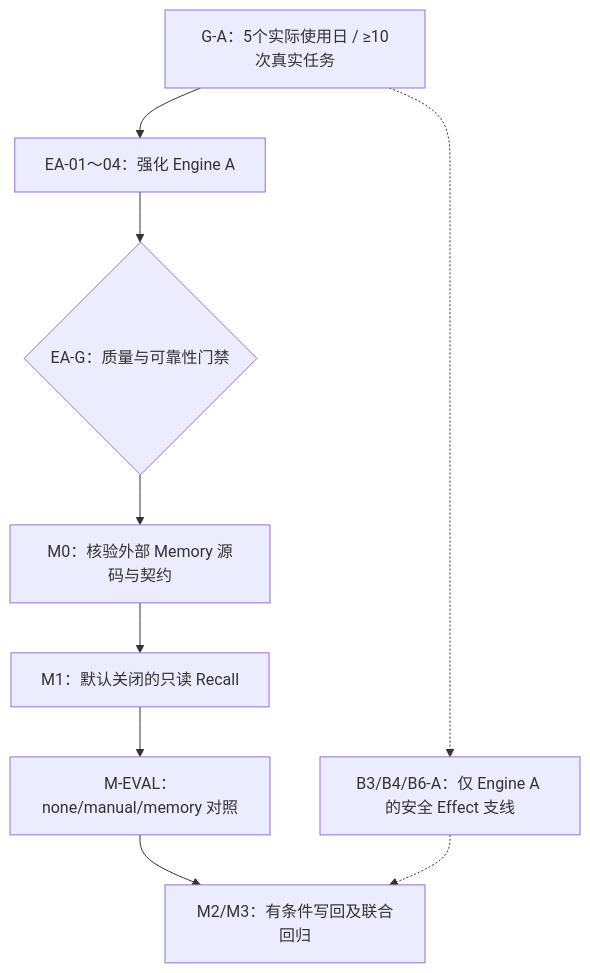
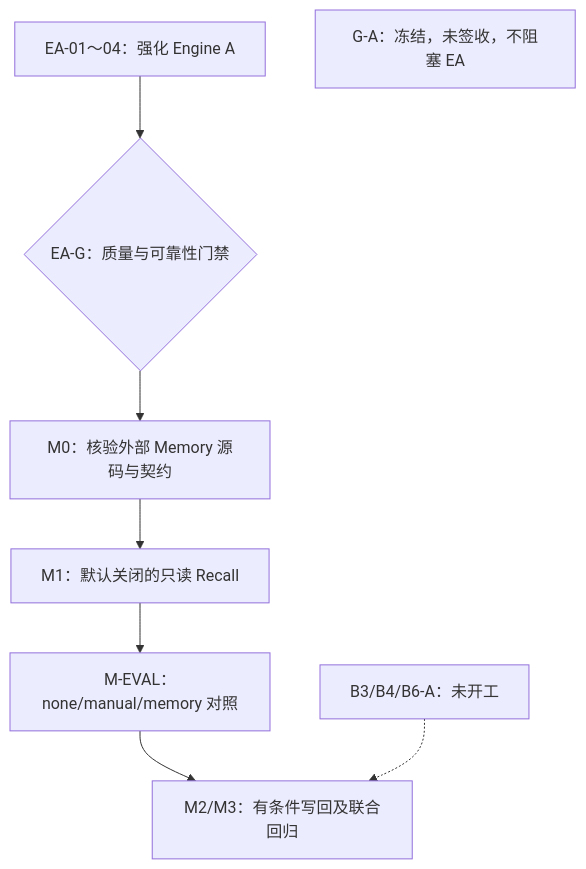
The first of 2 diagrams in docs/development/EngineA与AgentMemoryEngine演进方案.md (SamhandsomeLee/FluxAxiom), drawn with Mermaid before and after one commit. The commit also changed other lines of this file and 6 other files, not shown here.

First line of the commit message:
docs(architecture): freeze unsigned G-A ahead of engine work

````diff
--- a/docs/development/EngineA与AgentMemoryEngine演进方案.md
+++ b/docs/development/EngineA与AgentMemoryEngine演进方案.md
@@ -7,11 +9,10 @@
 ```mermaid
 flowchart TD
-  G["G-A：5个实际使用日 / ≥10次真实任务"] --> A["EA-01～04：强化 Engine A"]
-  A --> AG{"EA-G：质量与可靠性门禁"}
+  A["EA-01～04：强化 Engine A"] --> AG{"EA-G：质量与可靠性门禁"}
   AG --> M0["M0：核验外部 Memory 源码与契约"]
   M0 --> M1["M1：默认关闭的只读 Recall"]
   M1 --> EV["M-EVAL：none/manual/memory 对照"]
   EV --> MW["M2/M3：有条件写回及联合回归"]
-  G -.-> B["B3/B4/B6-A：仅 Engine A 的安全 Effect 支线"]
-  B -.-> MW
+  G["G-A：冻结，未签收，不阻塞 EA"]
+  B["B3/B4/B6-A：未开工"] -.-> MW
 ```
````
